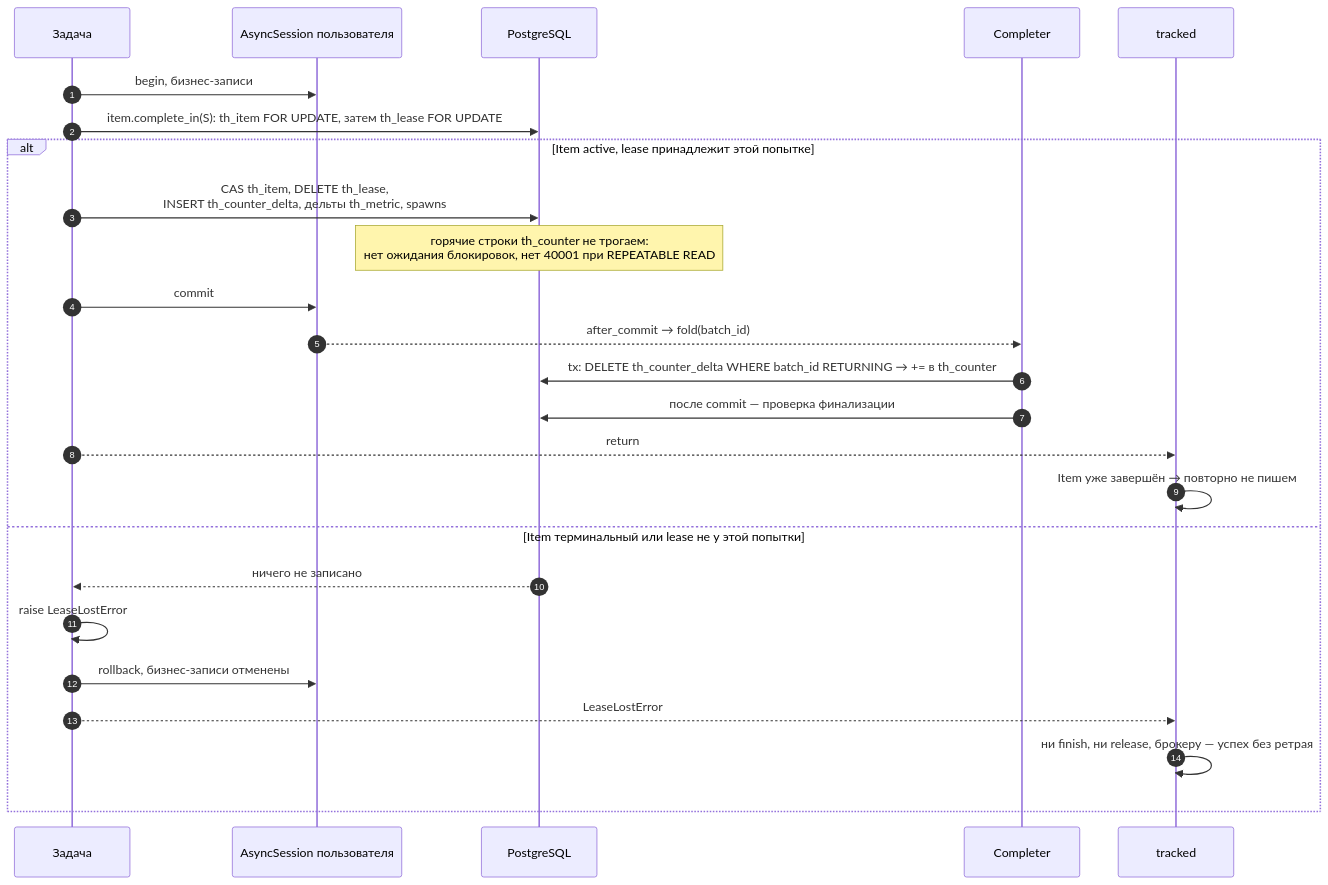
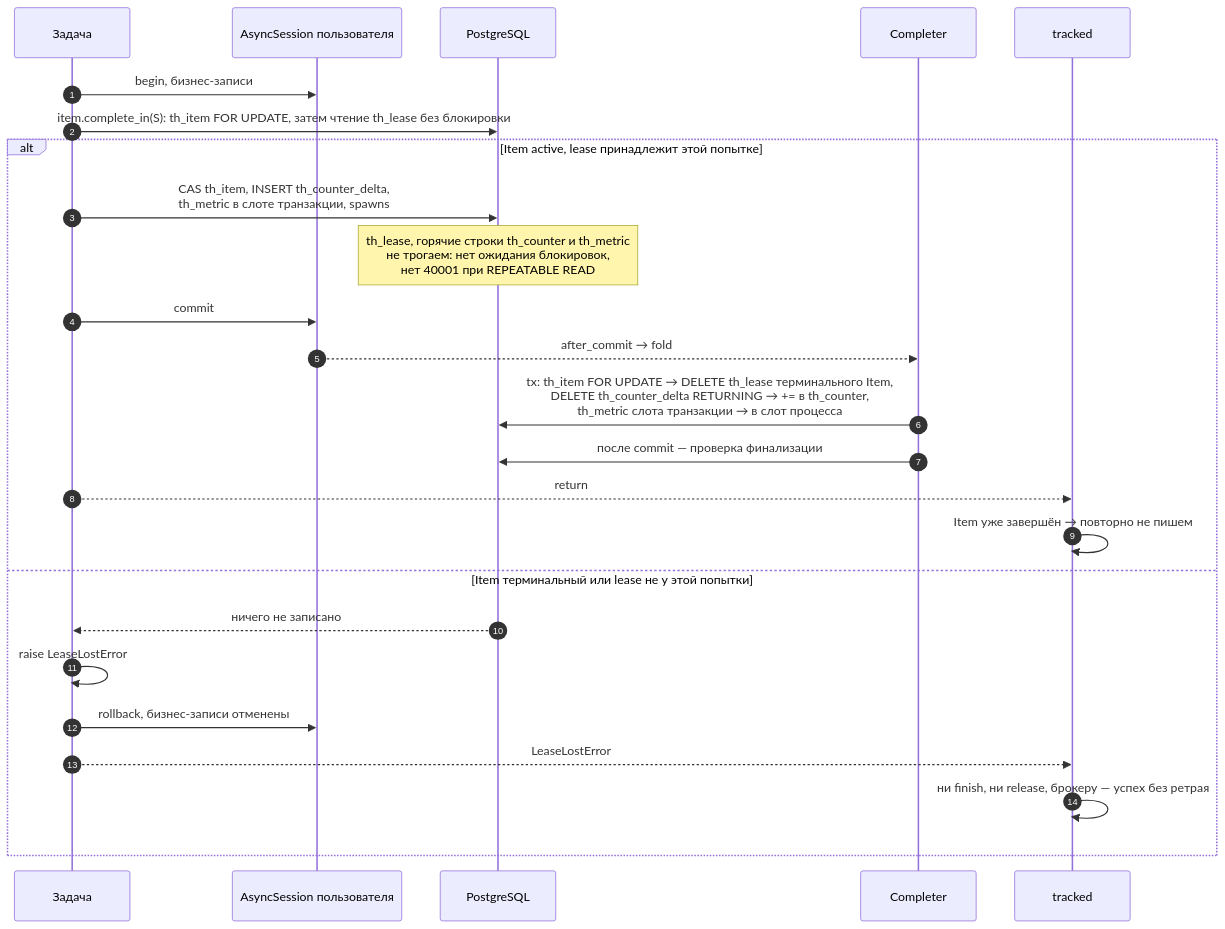
One commit to 0cherednoq/Tallyho changed diagram 20 of 40 in docs/ARCHITECTURE.md. Above: the diagram before and after it, drawn with Mermaid. The commit also changed other lines of this file, not shown here.

Commit message:
Fix-20: путь B не трогает th_lease и горячий слот th_metric
UC-08: complete_in блокирует только строку th_item, lease читает без
блокировки (владельца меняют только операции, блокирующие th_item раньше
lease). Lease завершённого Item удаляет Completer после commit в
транзакции свёртки; метрики пишутся в собственный слот транзакции и
переносятся в слот процесса после commit. Так долгая транзакция
пользователя не задерживает heartbeat и групповую транзакцию Completer и
не получает 40001 при REPEATABLE READ. UC-03: heartbeat сверяет попытку.

````diff
--- a/docs/ARCHITECTURE.md
+++ b/docs/ARCHITECTURE.md
@@ -1123,28 +1123,28 @@
 ```mermaid
 sequenceDiagram
     autonumber
     participant T as Задача
     participant S as AsyncSession пользователя
     participant DB as PostgreSQL
     participant C as Completer
     participant MW as tracked
 
     T->>S: begin, бизнес-записи
-    T->>DB: item.complete_in(S): th_item FOR UPDATE, затем th_lease FOR UPDATE
+    T->>DB: item.complete_in(S): th_item FOR UPDATE, затем чтение th_lease без блокировки
     alt Item active, lease принадлежит этой попытке
-        T->>DB: CAS th_item, DELETE th_lease,<br/>INSERT th_counter_delta, дельты th_metric, spawns
-        Note over DB: горячие строки th_counter не трогаем:<br/>нет ожидания блокировок, нет 40001 при REPEATABLE READ
+        T->>DB: CAS th_item, INSERT th_counter_delta,<br/>th_metric в слоте транзакции, spawns
+        Note over DB: th_lease, горячие строки th_counter и th_metric<br/>не трогаем: нет ожидания блокировок,<br/>нет 40001 при REPEATABLE READ
         T->>S: commit
-        S-->>C: after_commit → fold(batch_id)
-        C->>DB: tx: DELETE th_counter_delta WHERE batch_id RETURNING → += в th_counter
+        S-->>C: after_commit → fold
+        C->>DB: tx: th_item FOR UPDATE → DELETE th_lease терминального Item,<br/>DELETE th_counter_delta RETURNING → += в th_counter,<br/>th_metric слота транзакции → в слот процесса
         C->>DB: после commit — проверка финализации
         T-->>MW: return
         MW->>MW: Item уже завершён → повторно не пишем
     else Item терминальный или lease не у этой попытки
         DB-->>T: ничего не записано
         T->>T: raise LeaseLostError
         T->>S: rollback, бизнес-записи отменены
         T-->>MW: LeaseLostError
         MW->>MW: ни finish, ни release, брокеру — успех без ретрая
     end
 ```
````
